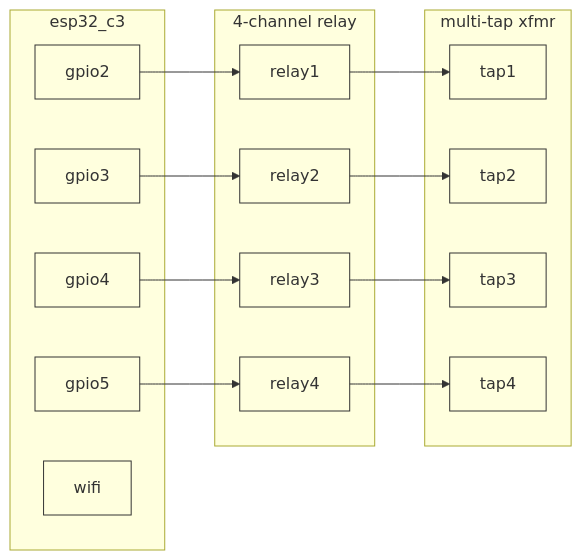
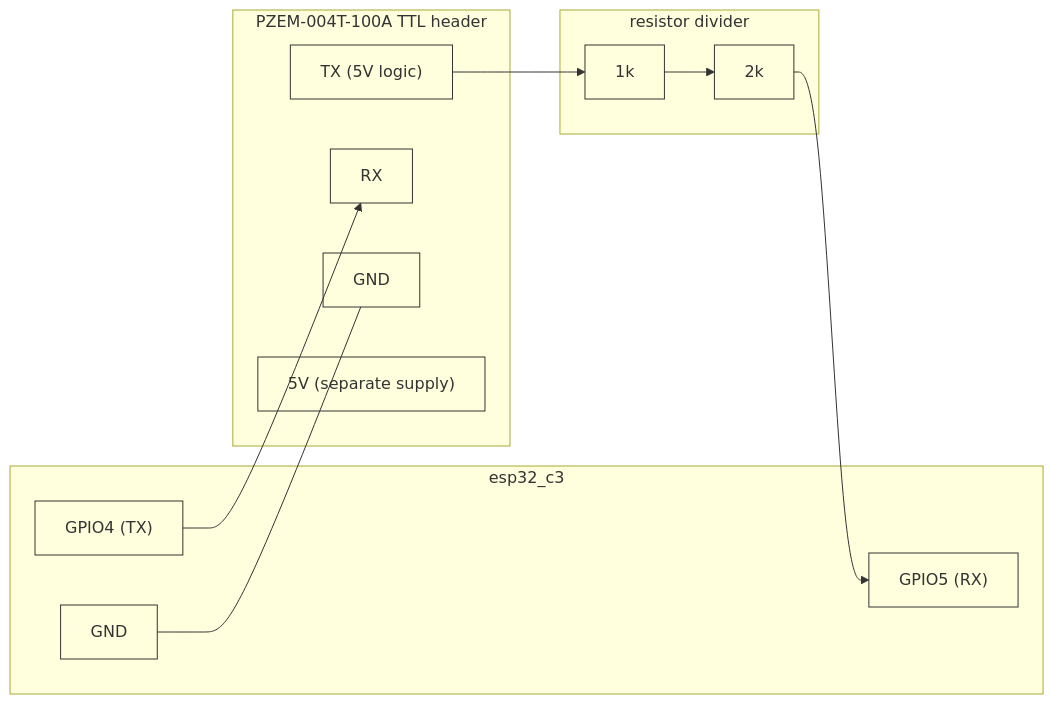
The diagram in readme.md (arcnode-io/dlr-line-loading-sim), drawn with Mermaid before and after one commit. The commit also changed other lines of this file and 16 other files, not shown here.

````diff
--- a/readme.md
+++ b/readme.md
@@ -59,31 +68,26 @@
 ```mermaid
 flowchart LR
 classDef default fill:transparent,stroke:#333
 
 subgraph esp32_c3
-  gpio2
-  gpio3
-  gpio4
-  gpio5
-  wifi
+  gpio4["GPIO4 (TX)"]
+  gpio5["GPIO5 (RX)"]
+  gnd1["GND"]
 end
 
-subgraph relay_module [4-channel relay]
-  relay1
-  relay2
-  relay3
-  relay4
+subgraph divider [resistor divider]
+  r1["1k"]
+  r2["2k"]
 end
 
-subgraph transformer [multi-tap xfmr]
-  tap1
-  tap2
-  tap3
-  tap4
+subgraph pzem [PZEM-004T-100A TTL header]
+  tx["TX (5V logic)"]
+  rx["RX"]
+  gnd2["GND"]
+  v5["5V (separate supply)"]
 end
 
-gpio2 --> relay1 --> tap1
-gpio3 --> relay2 --> tap2
-gpio4 --> relay3 --> tap3
-gpio5 --> relay4 --> tap4
+gpio4 --> rx
+tx --> r1 --> r2 --> gpio5
+gnd1 --- gnd2
 ```
````
